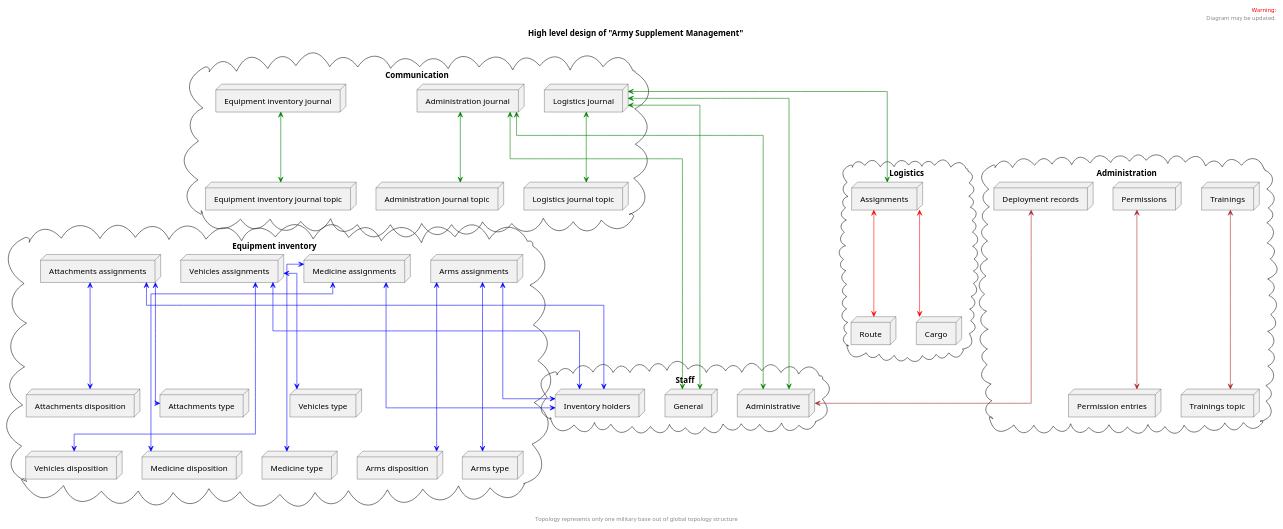
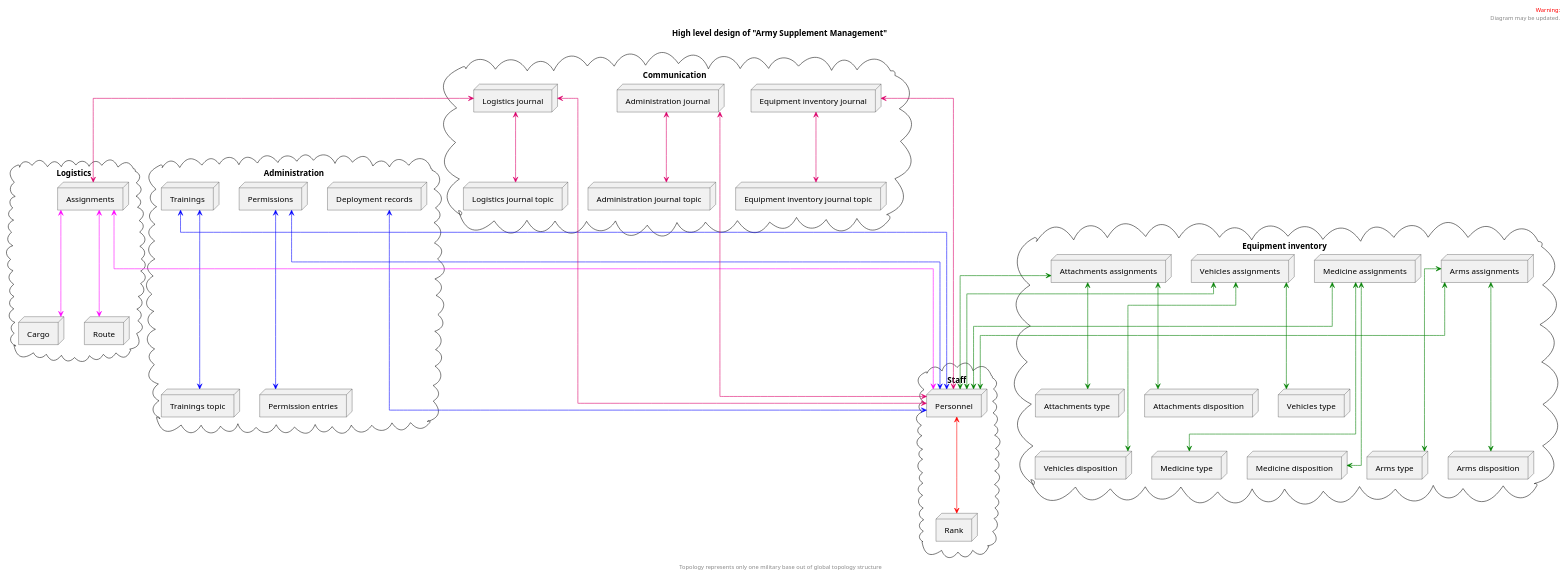
The diagram in docs/examples/high-level-design-raw.md (YarikRevich/army-supplement-management), drawn with PlantUML before and after one commit. The commit also changed 4 other files, not shown here.

Commit message:
feature: added diagrams

```diff
--- a/docs/examples/high-level-design-raw.md
+++ b/docs/examples/high-level-design-raw.md
@@ -12,9 +12,10 @@
 endheader
 
 cloud "Staff" as staff {
-    node "Administrative" as staff_administrative
-    node "General" as staff_general
-    node "Inventory holders" as staff_inventory_holders
+    node "Personnel" as staff_personnel
+    node "Rank" as staff_rank
+    
+    staff_personnel <-[#red]--> staff_rank
 }
 
 cloud "Equipment inventory" as equipment_inventory {
@@ -34,21 +35,21 @@
     node "Attachments disposition" as equipment_attachments_disposition
     node "Attachments type" as equipment_attachments_type
 
-    equipment_arms_assignments <--[#blue]--> equipment_arms_disposition
-    equipment_arms_assignments <--[#blue]--> equipment_arms_type
-    equipment_arms_assignments <--[#blue]-> staff_inventory_holders
+    equipment_arms_assignments <--[#green]--> equipment_arms_disposition
+    equipment_arms_assignments <--[#green]--> equipment_arms_type
+    equipment_arms_assignments <--[#green]-> staff_personnel
     
-    equipment_medicine_assignments <--[#blue]--> equipment_medicine_disposition
-    equipment_medicine_assignments <--[#blue]--> equipment_medicine_type
-    equipment_medicine_assignments <-[#blue]--> staff_inventory_holders
+    equipment_medicine_assignments <--[#green]--> equipment_medicine_disposition
+    equipment_medicine_assignments <--[#green]--> equipment_medicine_type
+    equipment_medicine_assignments <-[#green]--> staff_personnel
     
-    equipment_vehicles_assignments <--[#blue]--> equipment_vehicles_disposition
-    equipment_vehicles_assignments <-[#blue]--> equipment_vehicles_type
-    equipment_vehicles_assignments <-[#blue]--> staff_inventory_holders
+    equipment_vehicles_assignments <--[#green]--> equipment_vehicles_disposition
+    equipment_vehicles_assignments <-[#green]--> equipment_vehicles_type
+    equipment_vehicles_assignments <-[#green]--> staff_personnel
 
-    equipment_attachments_assignments <-[#blue]--> equipment_attachments_disposition
-    equipment_attachments_assignments <-[#blue]--> equipment_attachments_type
-    equipment_attachments_assignments <-[#blue]--> staff_inventory_holders
+    equipment_attachments_assignments <-[#green]--> equipment_attachments_disposition
+    equipment_attachments_assignments <-[#green]--> equipment_attachments_type
+    equipment_attachments_assignments <-[#green]--> staff_personnel
 }
 
 together {
@@ -61,9 +62,11 @@
     node "Permissions" as administration_permissions
     node "Permission entries" as administration_permission_entries
     
-    administration_deployment_records <--[#brown]--> staff_administrative
-    administration_trainings <--[#brown]--> administration_trainings_topic
-    administration_permissions <--[#brown]--> administration_permission_entries
+    administration_deployment_records <--[#blue]--> staff_personnel
+    administration_trainings <--[#blue]--> administration_trainings_topic
+    administration_trainings <--[#blue]--> staff_personnel
+    administration_permissions <--[#blue]--> administration_permission_entries
+    administration_permissions <--[#blue]--> staff_personnel
 }
 
 cloud "Logistics" as logistics {
@@ -71,8 +74,9 @@
     node "Route" as logistics_route
     node "Cargo" as logistics_cargo 
 
-    logistics_assignments <--[#red]-> logistics_route
-    logistics_assignments <--[#red]-> logistics_cargo
+    logistics_assignments <--[#magenta]-> staff_personnel
+    logistics_assignments <--[#magenta]-> logistics_route
+    logistics_assignments <--[#magenta]-> logistics_cargo
 }
 }
 
@@ -86,16 +90,15 @@
     node "Equipment inventory journal" as equipment_inventory_journal
     node "Equipment inventory journal topic" as equipment_inventory_journal_topic
     
-    logistics_journal <-[#green]--> logistics_journal_topic
-    administration_journal <-[#green]--> administration_journal_topic
-    equipment_inventory_journal <-[#green]--> equipment_inventory_journal_topic
+    logistics_journal <-[#db006a]--> logistics_journal_topic
+    logistics_journal <-[#db006a]--> logistics_assignments
+    logistics_journal <--[#db006a]--> staff_personnel
     
-    logistics_journal <-[#green]--> logistics_assignments
-    logistics_journal <--[#green]--> staff_administrative
-    logistics_journal <--[#green]--> staff_general
+    administration_journal <-[#db006a]--> administration_journal_topic
+    administration_journal <--[#db006a]--> staff_personnel
     
-    administration_journal <--[#green]--> staff_administrative
-    administration_journal <--[#green]--> staff_general 
+    equipment_inventory_journal <-[#db006a]--> equipment_inventory_journal_topic
+    equipment_inventory_journal <--[#db006a]--> staff_personnel
 }
 
 footer "Topology represents only one military base out of global topology structure"
```
